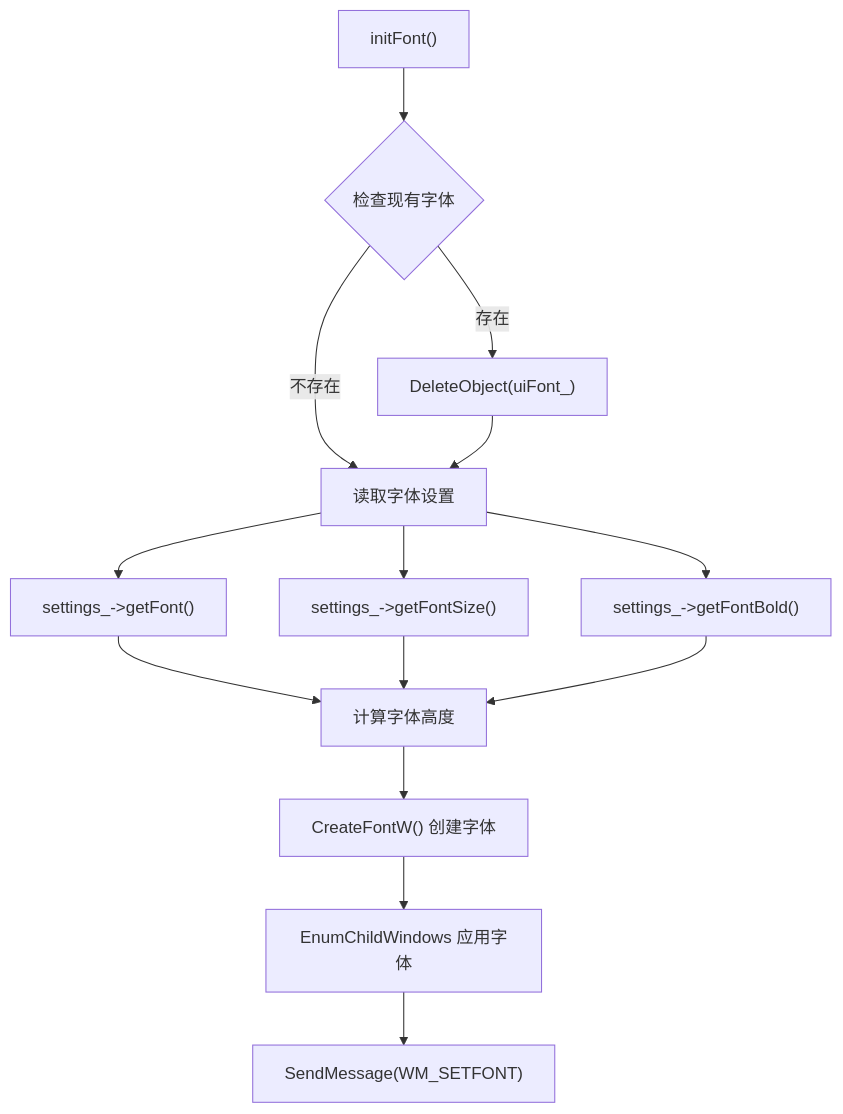
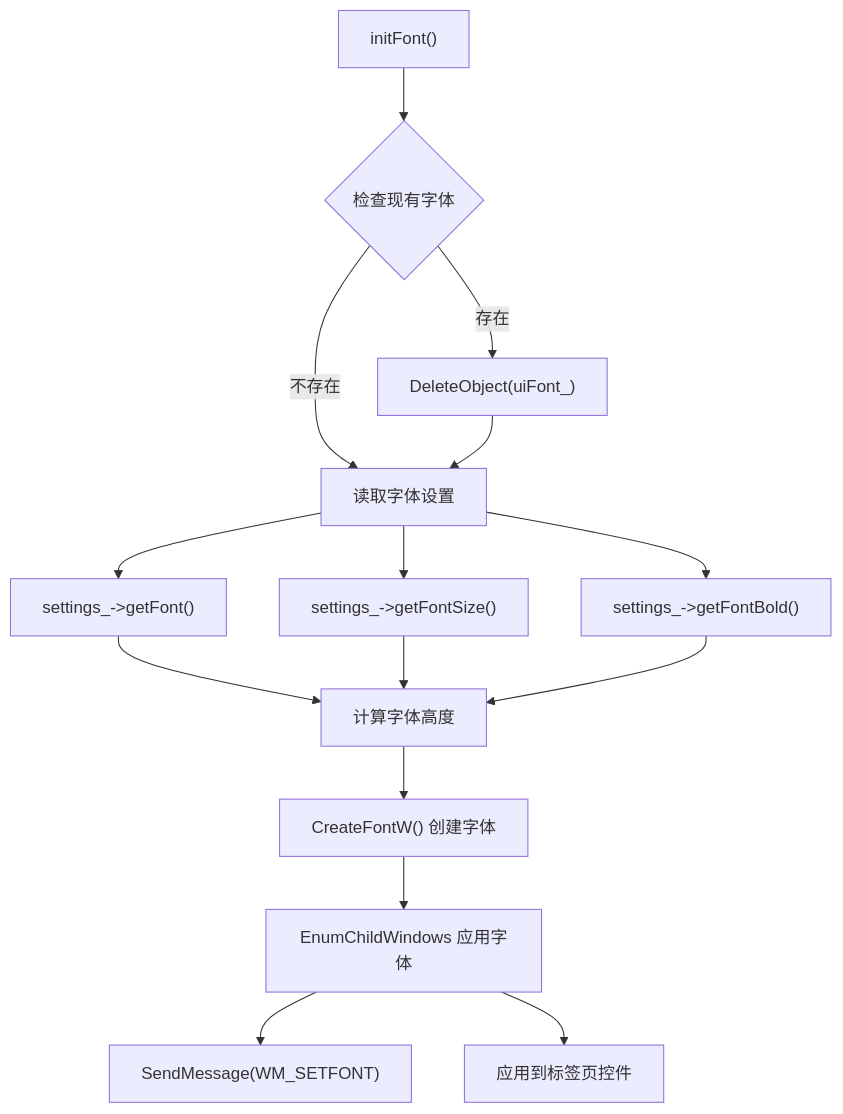
One commit to tea4go/SoundRemote-WinServer changed the seventh of 12 diagrams in .qoder/repowiki/zh/content/用户界面.md. Above: the diagram before and after it, drawn with Mermaid. The commit also changed other lines of this file and 10 other files, not shown here.

````diff
--- a/.qoder/repowiki/zh/content/用户界面.md
+++ b/.qoder/repowiki/zh/content/用户界面.md
@@ -275,16 +355,17 @@
 ```mermaid
 flowchart TD
 InitFont["initFont()"] --> CheckExisting{"检查现有字体"}
 CheckExisting --> |存在| DeleteOld["DeleteObject(uiFont_)"]
 CheckExisting --> |不存在| ReadSettings["读取字体设置"]
 DeleteOld --> ReadSettings
 ReadSettings --> GetFontName["settings_->getFont()"]
 ReadSettings --> GetFontSize["settings_->getFontSize()"]
 ReadSettings --> GetFontBold["settings_->getFontBold()"]
 GetFontName --> CalcHeight["计算字体高度"]
 GetFontSize --> CalcHeight
 GetFontBold --> CalcHeight
 CalcHeight --> CreateFont["CreateFontW() 创建字体"]
 CreateFont --> ApplyFonts["EnumChildWindows 应用字体"]
 ApplyFonts --> SendMessage["SendMessage(WM_SETFONT)"]
+ApplyFonts --> TabControl["应用到标签页控件"]
 ```
````
